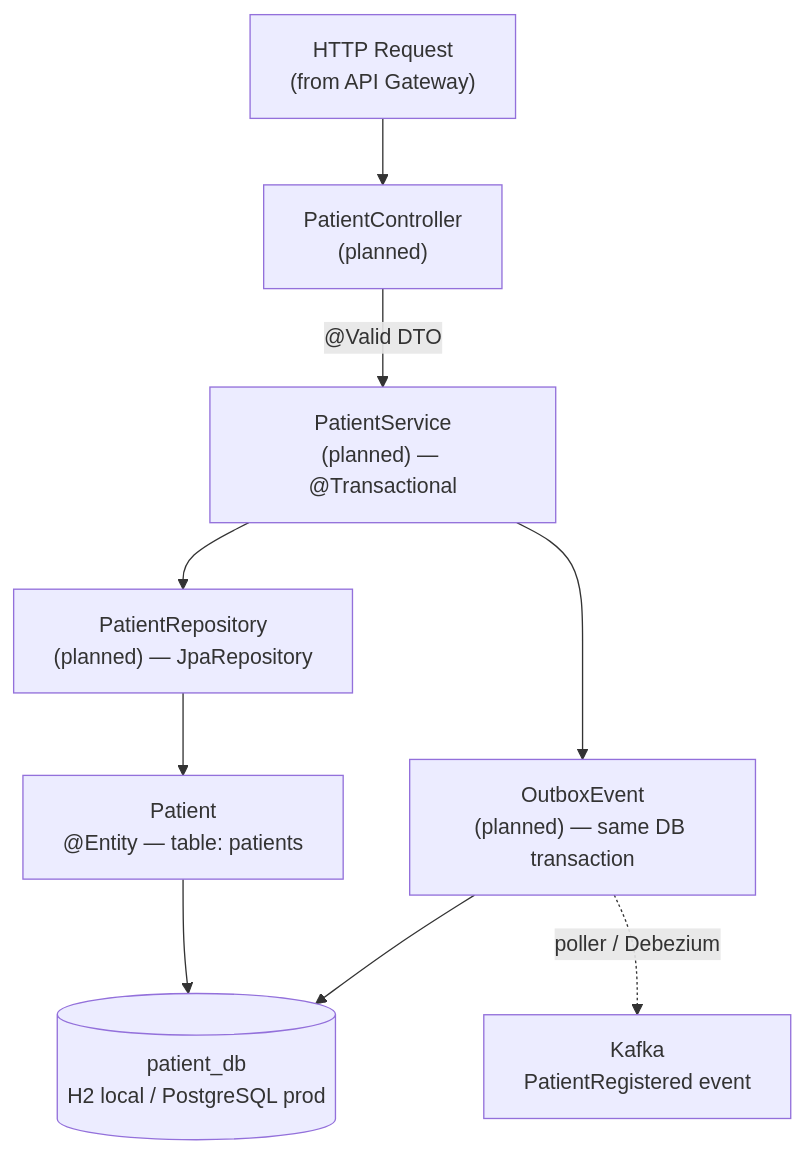
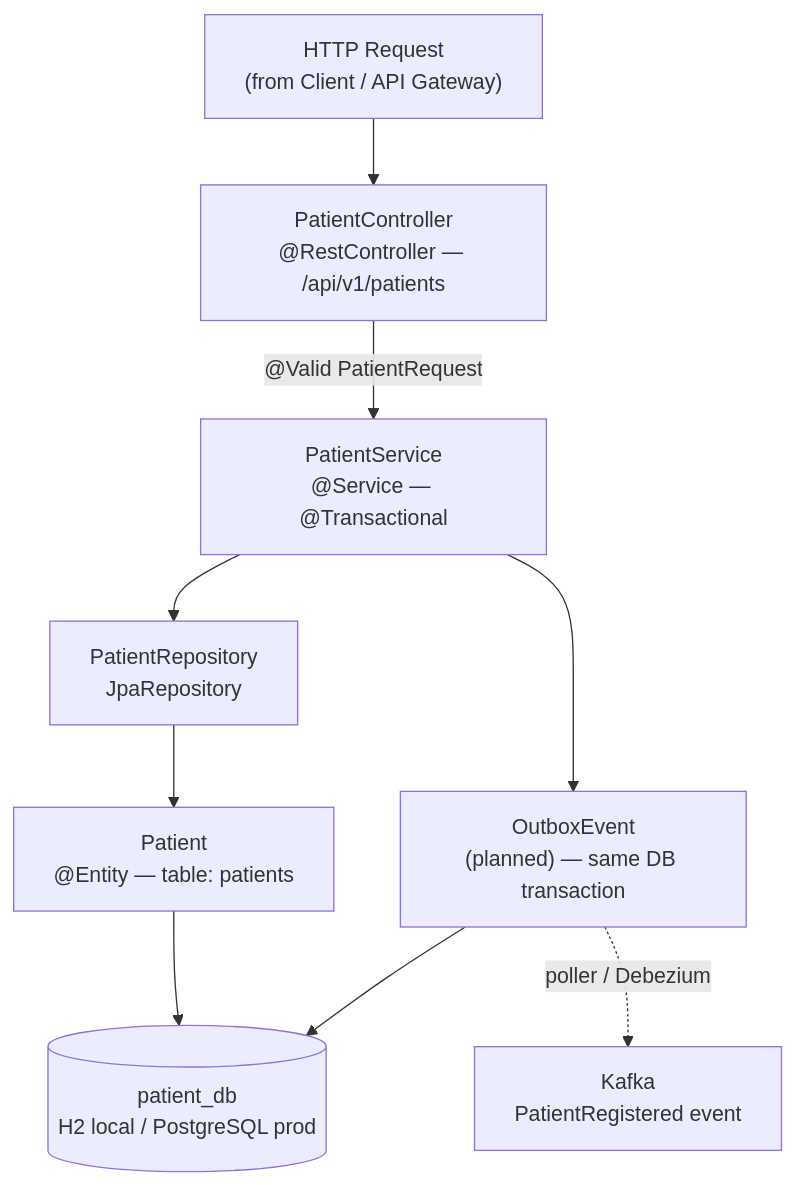
One commit to hkc7792/Patient-Management-System changed the diagram in Patient-Service/.gemini/architecture.md. Above: the diagram before and after it, drawn with Mermaid. The commit also changed other lines of this file and 1 other file, not shown here.

Commit message:
docs(patient-service): update CONTEXT.md and architecture.md for implemented layers

````diff
--- a/Patient-Service/.gemini/architecture.md
+++ b/Patient-Service/.gemini/architecture.md
@@ -16,20 +16,20 @@
 ```mermaid
 graph TD
-  req["HTTP Request\n(from API Gateway)"]
-  ctrl["PatientController\n(planned)"]
-  svc["PatientService\n(planned) — @Transactional"]
-  repo["PatientRepository\n(planned) — JpaRepository"]
+  req["HTTP Request\n(from Client / API Gateway)"]
+  ctrl["PatientController\n@RestController — /api/v1/patients"]
+  svc["PatientService\n@Service — @Transactional"]
+  repo["PatientRepository\nJpaRepository"]
   entity["Patient\n@Entity — table: patients"]
   db[("patient_db\nH2 local / PostgreSQL prod")]
   outbox["OutboxEvent\n(planned) — same DB transaction"]
   kafka["Kafka\nPatientRegistered event"]
 
   req --> ctrl
-  ctrl -->|"@Valid DTO"| svc
+  ctrl -->|"@Valid PatientRequest"| svc
   svc --> repo
   repo --> entity
   entity --> db
   svc --> outbox
   outbox --> db
   outbox -.->|"poller / Debezium"| kafka
 ```
````
